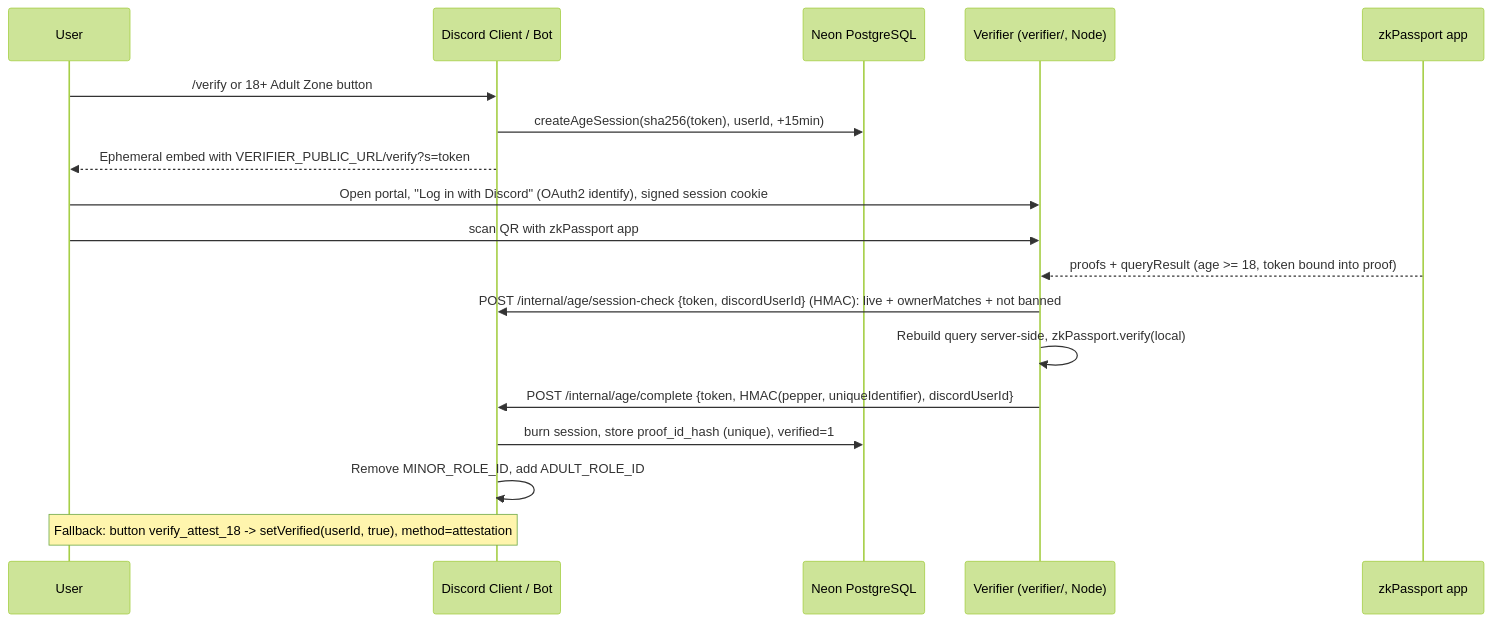
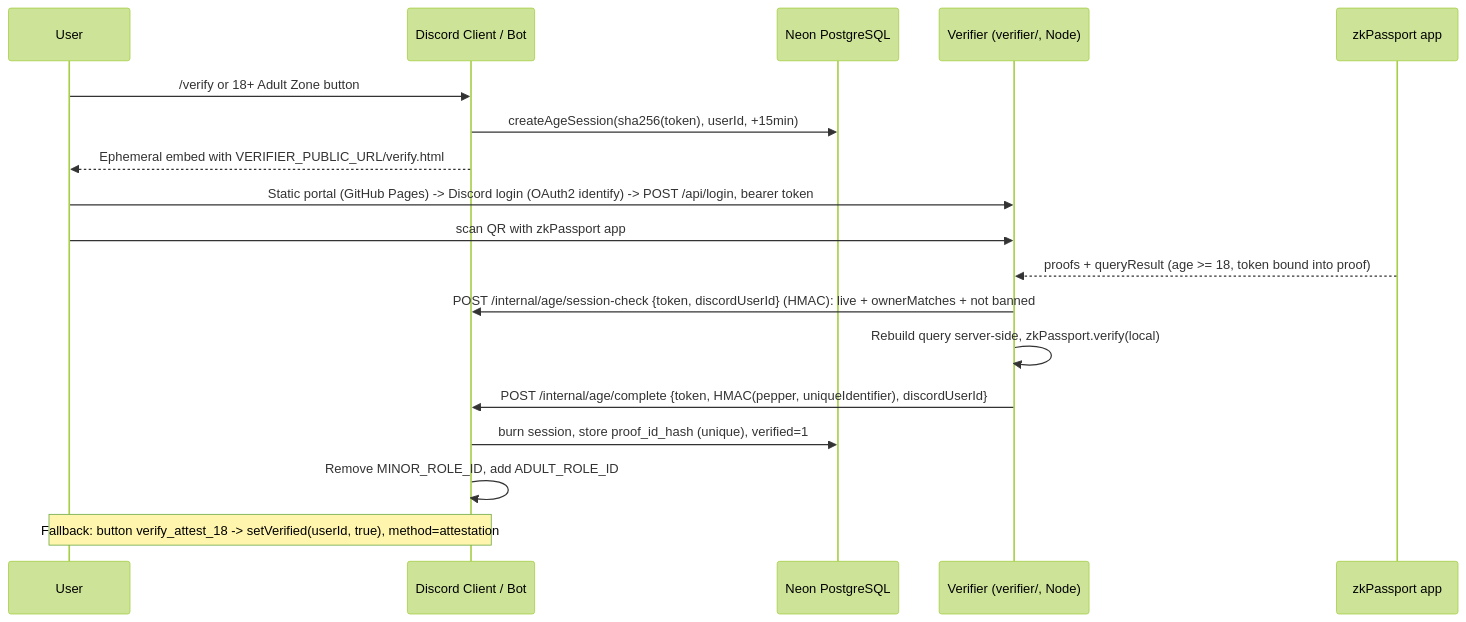
The first of 2 diagrams in CHECKPOINTS.md (GlitchMatcha/AMORABot), drawn with Mermaid (forest theme) before and after one commit. The commit also changed other lines of this file and 17 other files, not shown here.

````diff
--- a/CHECKPOINTS.md
+++ b/CHECKPOINTS.md
@@ -248,21 +248,21 @@
 ```mermaid
 sequenceDiagram
     participant User
     participant Discord as Discord Client / Bot
     participant DB as Neon PostgreSQL
     participant V as Verifier (verifier/, Node)
     participant App as zkPassport app
 
     User->>Discord: /verify or 18+ Adult Zone button
     Discord->>DB: createAgeSession(sha256(token), userId, +15min)
-    Discord-->>User: Ephemeral embed with VERIFIER_PUBLIC_URL/verify?s=token
-    User->>V: Open portal, "Log in with Discord" (OAuth2 identify), signed session cookie
+    Discord-->>User: Ephemeral embed with VERIFIER_PUBLIC_URL/verify.html#s=token
+    User->>V: Static portal (GitHub Pages) -> Discord login (OAuth2 identify) -> POST /api/login, bearer token
     User->>V: scan QR with zkPassport app
     App-->>V: proofs + queryResult (age >= 18, token bound into proof)
     V->>Discord: POST /internal/age/session-check {token, discordUserId} (HMAC): live + ownerMatches + not banned
     V->>V: Rebuild query server-side, zkPassport.verify(local)
     V->>Discord: POST /internal/age/complete {token, HMAC(pepper, uniqueIdentifier), discordUserId}
     Discord->>DB: burn session, store proof_id_hash (unique), verified=1
     Discord->>Discord: Remove MINOR_ROLE_ID, add ADULT_ROLE_ID
     Note over User,Discord: Fallback: button verify_attest_18 -> setVerified(userId, true), method=attestation
 ```
````
